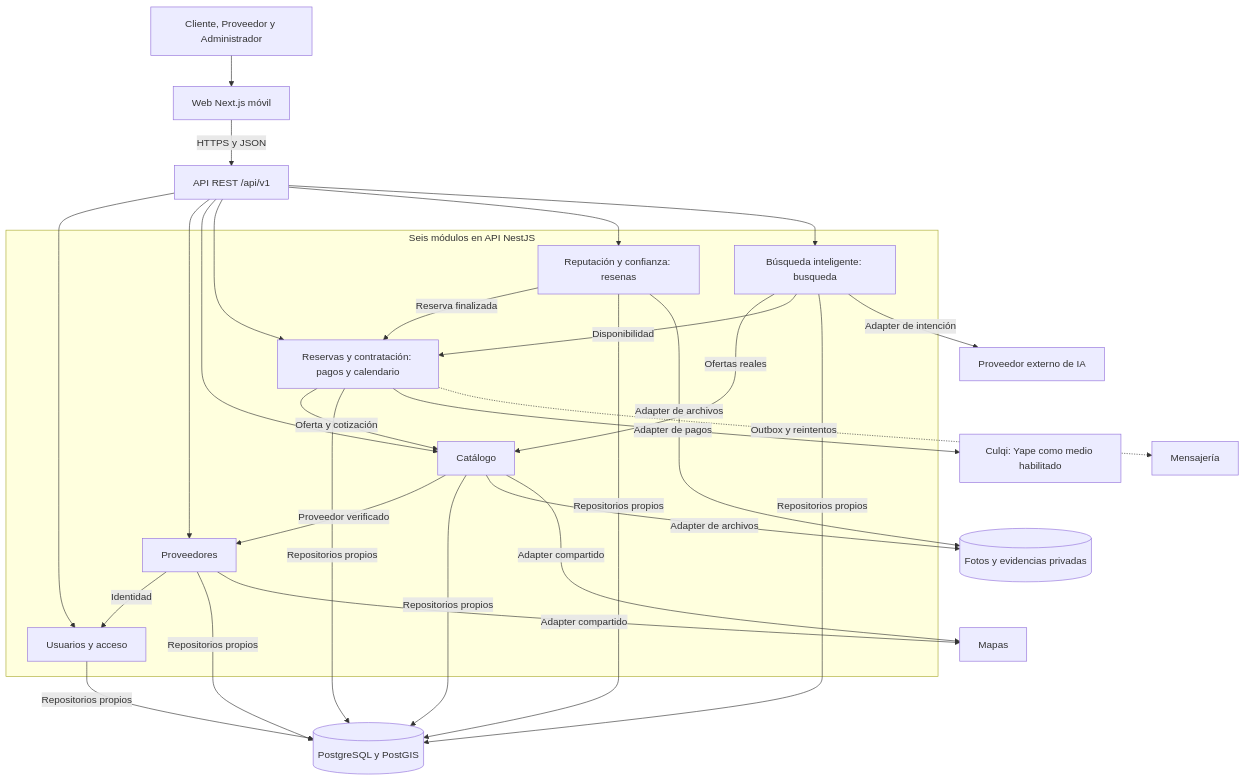
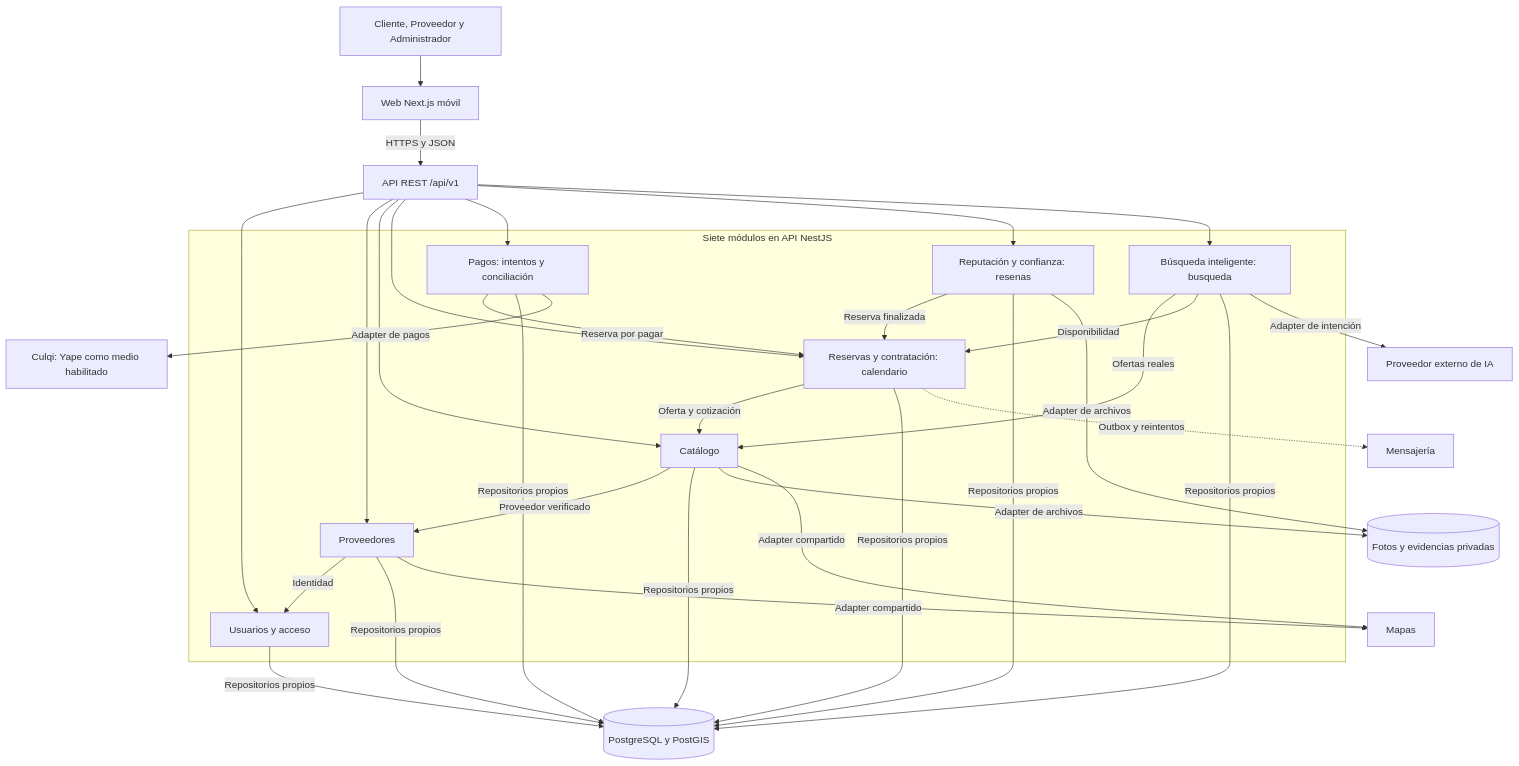
The diagram in docs/02-arquitectura-software/arquitectura-inicial.md (seeb-fault/Qatu-Ayacucho), drawn with Mermaid before and after one commit. The commit also changed other lines of this file and 119 other files, not shown here.

First line of the commit message:
refactor(pagos): separar pagos de reservas en un modulo propio

````diff
--- a/docs/02-arquitectura-software/arquitectura-inicial.md
+++ b/docs/02-arquitectura-software/arquitectura-inicial.md
@@ -21,28 +21,30 @@
 ```mermaid
 flowchart TB
     ACT[Cliente, Proveedor y Administrador] --> WEB[Web Next.js móvil]
     WEB -->|HTTPS y JSON| API[API REST /api/v1]
-    subgraph NEG[Seis módulos en API NestJS]
+    subgraph NEG[Siete módulos en API NestJS]
         U[Usuarios y acceso]
         P[Proveedores]
         C[Catálogo]
-        R[Reservas y contratación: pagos y calendario]
+        R[Reservas y contratación: calendario]
+        G[Pagos: intentos y conciliación]
         E[Reputación y confianza: resenas]
         B[Búsqueda inteligente: busqueda]
     end
-    API --> U & P & C & R & E & B
+    API --> U & P & C & R & G & E & B
     P -->|Identidad| U
     C -->|Proveedor verificado| P
     R -->|Oferta y cotización| C
+    G -->|Reserva por pagar| R
     E -->|Reserva finalizada| R
     B -->|Ofertas reales| C
     B -->|Disponibilidad| R
     DB[(PostgreSQL y PostGIS)]
     F[(Fotos y evidencias privadas)]
-    U & P & C & R & E & B -->|Repositorios propios| DB
+    U & P & C & R & G & E & B -->|Repositorios propios| DB
     C & E -->|Adapter de archivos| F
-    R -->|Adapter de pagos| PAY[Culqi: Yape como medio habilitado]
+    G -->|Adapter de pagos| PAY[Culqi: Yape como medio habilitado]
     B -->|Adapter de intención| IA[Proveedor externo de IA]
     R -.->|Outbox y reintentos| MSG[Mensajería]
     C & P -->|Adapter compartido| MAP[Mapas]
 ```
````
